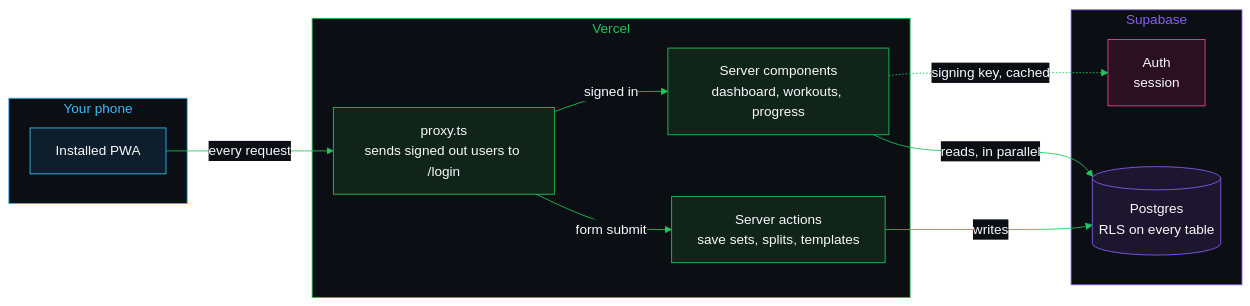
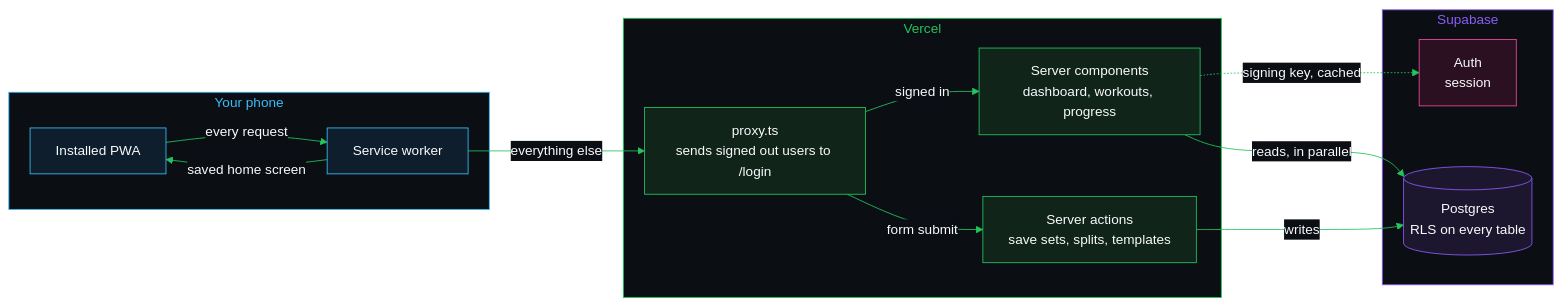
Before and after one commit to divyanshjoshii/workout-tracker: the diagram in README.md, drawn with Mermaid. The commit also changed other lines of this file and 15 other files, not shown here.

````diff
--- a/README.md
+++ b/README.md
@@ -39,36 +39,39 @@
 ```mermaid
 %%{init: {"theme": "base", "themeVariables": {"background": "#0B0F14", "primaryColor": "#151A21", "primaryTextColor": "#F8FAFC", "primaryBorderColor": "#22C55E", "lineColor": "#22C55E", "secondaryColor": "#1E293B", "tertiaryColor": "#0B0F14", "textColor": "#F8FAFC", "edgeLabelBackground": "#0B0F14", "clusterBkg": "#0B0F14", "clusterBorder": "#1E293B", "titleColor": "#F8FAFC"}}}%%
 %% palette 219897bf
 flowchart LR
     subgraph device ["Your phone"]
         PWA["Installed PWA"]
+        SW["Service worker"]
     end
     subgraph vercel ["Vercel"]
         Proxy["proxy.ts<br/>sends signed out users to /login"]
         Pages["Server components<br/>dashboard, workouts, progress"]
         Actions["Server actions<br/>save sets, splits, templates"]
     end
     subgraph supa ["Supabase"]
         Auth["Auth<br/>session"]
         DB[("Postgres<br/>RLS on every table")]
     end
 
-    PWA -->|every request| Proxy
+    PWA -->|every request| SW
+    SW -->|saved home screen| PWA
+    SW -->|everything else| Proxy
     Proxy -->|signed in| Pages
     Proxy -->|form submit| Actions
     Pages -.->|signing key, cached| Auth
     Pages -->|reads, in parallel| DB
     Actions -->|writes| DB
 
     classDef phone fill:#0E1E2C,stroke:#38BDF8,color:#F8FAFC
     classDef server fill:#10241A,stroke:#22C55E,color:#F8FAFC
     classDef auth fill:#2A1020,stroke:#EC4899,color:#F8FAFC
     classDef db fill:#1C162E,stroke:#8B5CF6,color:#F8FAFC
-    class PWA phone
+    class PWA,SW phone
     class Proxy,Pages,Actions server
     class Auth auth
     class DB db
     style device fill:#0B0F14,stroke:#38BDF8,color:#38BDF8
     style vercel fill:#0B0F14,stroke:#22C55E,color:#22C55E
     style supa fill:#0B0F14,stroke:#8B5CF6,color:#8B5CF6
 ```
````
